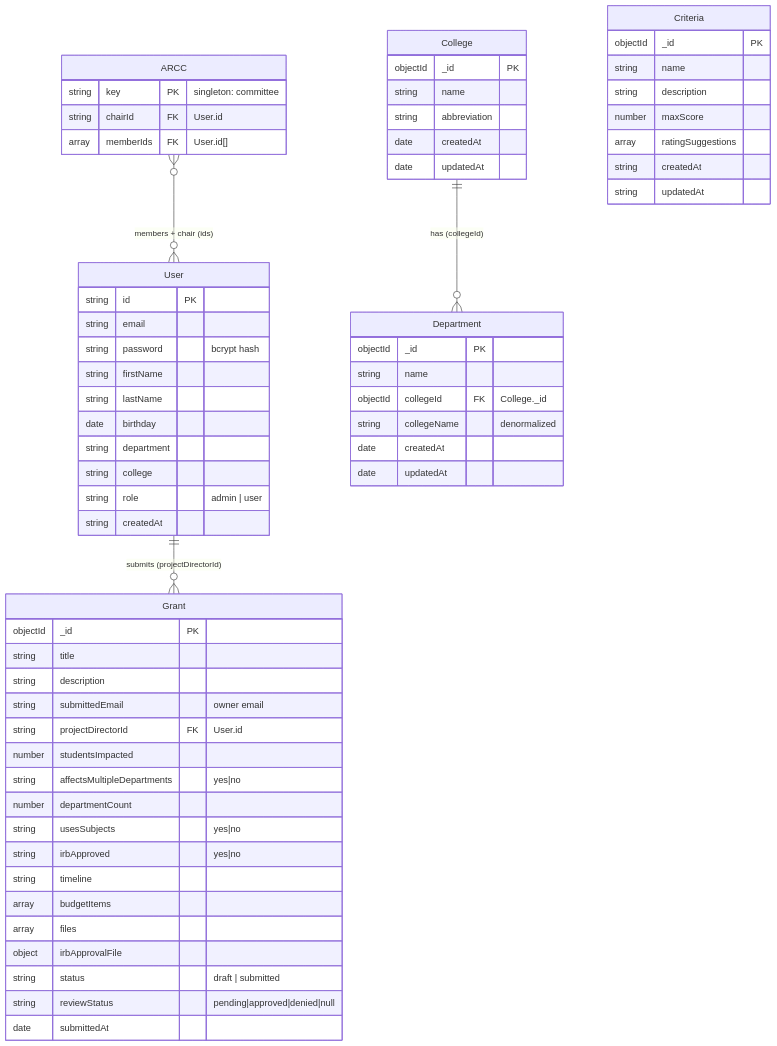
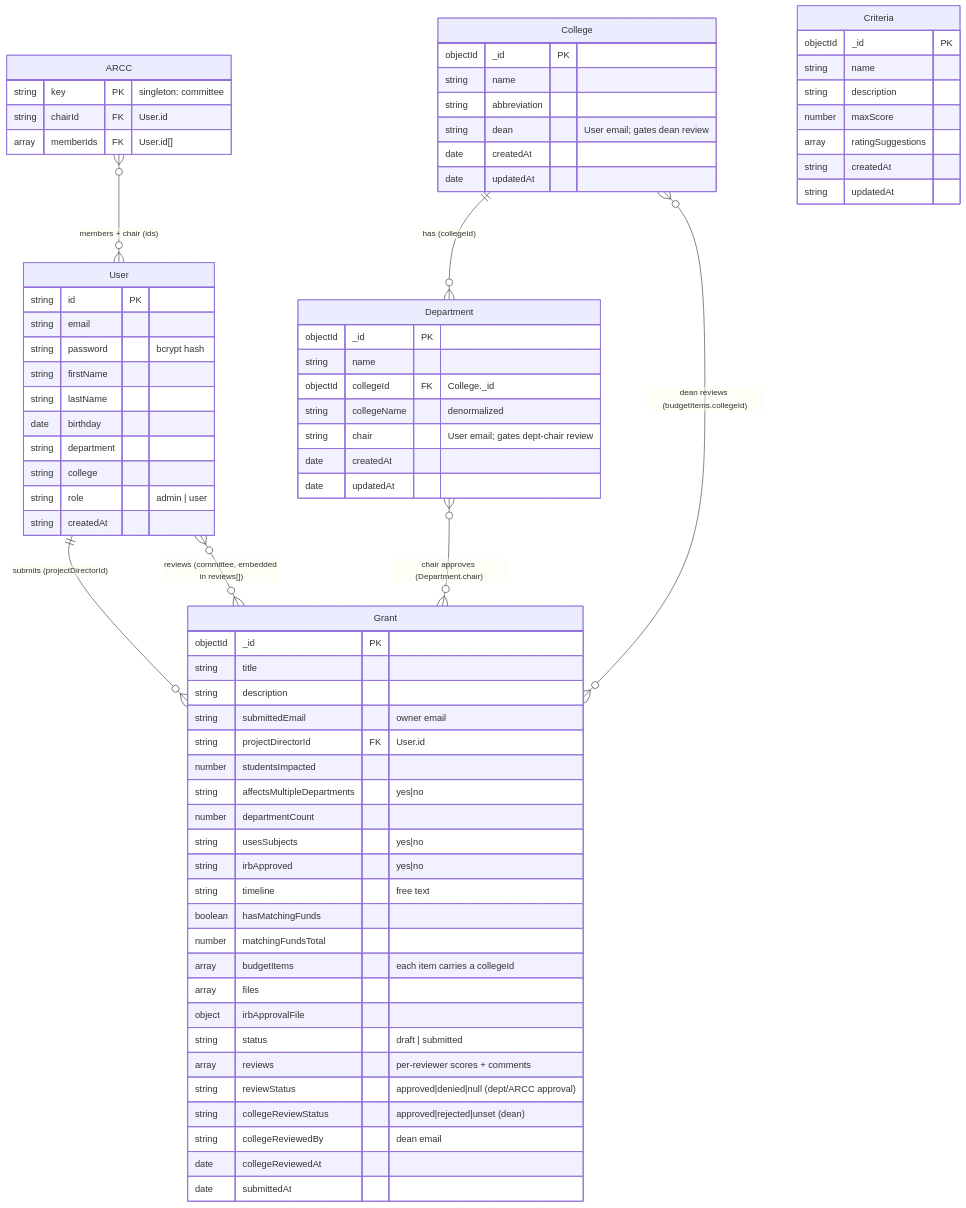
Before and after one commit to jayantiacharya/grant-management-system: the diagram in docs/data-model.md, drawn with Mermaid. The commit also changed other lines of this file and 4 other files, not shown here.

First line of the commit message:
docs: reconcile requirements with transcripts, refresh architecture for open PRs

````diff
--- a/docs/data-model.md
+++ b/docs/data-model.md
@@ -7,7 +7,10 @@
 ```mermaid
 erDiagram
     User ||--o{ Grant : "submits (projectDirectorId)"
+    User }o--o{ Grant : "reviews (committee, embedded in reviews[])"
     College ||--o{ Department : "has (collegeId)"
+    Department }o--o{ Grant : "chair approves (Department.chair)"
+    College }o--o{ Grant : "dean reviews (budgetItems.collegeId)"
     ARCC }o--o{ User : "members + chair (ids)"
 
     User {
@@ -34,12 +37,18 @@
         number departmentCount
         string usesSubjects "yes|no"
         string irbApproved "yes|no"
-        string timeline
-        array budgetItems
+        string timeline "free text"
+        boolean hasMatchingFunds
+        number matchingFundsTotal
+        array budgetItems "each item carries a collegeId"
         array files
         object irbApprovalFile
         string status "draft | submitted"
-        string reviewStatus "pending|approved|denied|null"
+        array reviews "per-reviewer scores + comments"
+        string reviewStatus "approved|denied|null (dept/ARCC approval)"
+        string collegeReviewStatus "approved|rejected|unset (dean)"
+        string collegeReviewedBy "dean email"
+        date collegeReviewedAt
         date submittedAt
     }
 
@@ -47,6 +56,7 @@
         objectId _id PK
         string name
         string abbreviation
+        string dean "User email; gates dean review"
         date createdAt
         date updatedAt
     }
@@ -56,6 +66,7 @@
         string name
         objectId collegeId FK "College._id"
         string collegeName "denormalized"
+        string chair "User email; gates dept-chair review"
         date createdAt
         date updatedAt
     }
````
